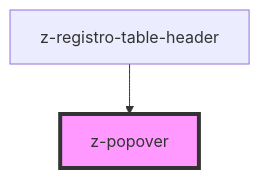
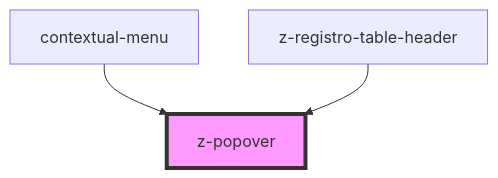
One commit to ZanichelliEditore/design-system changed the diagram in src/components/z-popover/readme.md. Above: the diagram before and after it, drawn with Mermaid. The commit also changed other lines of this file and 9 other files, not shown here.

````diff
--- a/src/components/z-popover/readme.md
+++ b/src/components/z-popover/readme.md
@@ -26,5 +27,6 @@
 ```mermaid
 graph TD;
+  contextual-menu --> z-popover
   z-registro-table-header --> z-popover
   style z-popover fill:#f9f,stroke:#333,stroke-width:4px
 ```
````
